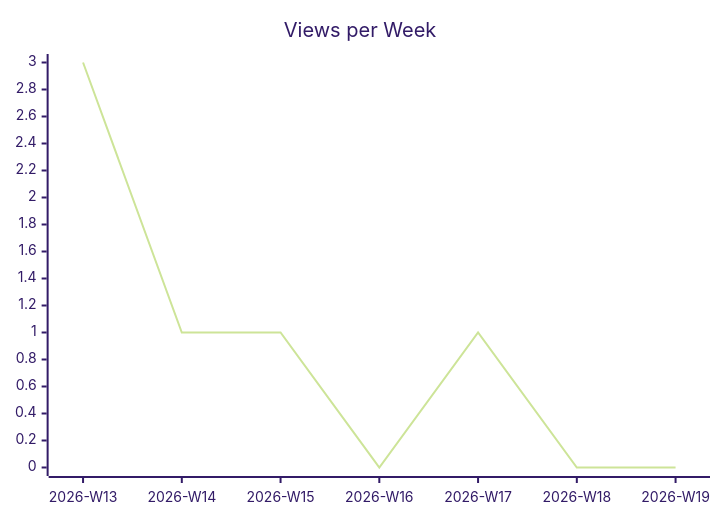
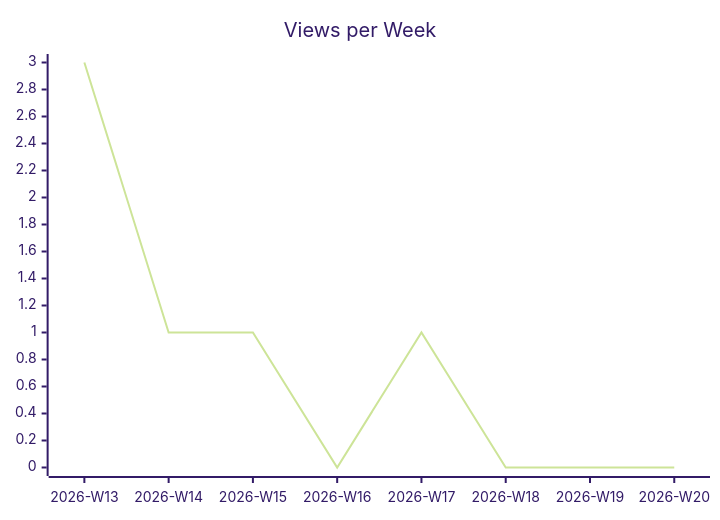
Before and after one commit to justdavis-family/github-analytics-data: the second of 3 diagrams in karlmdavis/rps-tourney/README.md, drawn with Mermaid (forest theme). The commit also changed other lines of this file and 176 other files, not shown here.

````diff
--- a/karlmdavis/rps-tourney/README.md
+++ b/karlmdavis/rps-tourney/README.md
@@ -12,6 +12,6 @@
 ```mermaid
 xychart-beta
   title "Views per Week"
-  x-axis ["2026-W13", "2026-W14", "2026-W15", "2026-W16", "2026-W17", "2026-W18", "2026-W19"]
-  line [3, 1, 1, 0, 1, 0, 0]
+  x-axis ["2026-W13", "2026-W14", "2026-W15", "2026-W16", "2026-W17", "2026-W18", "2026-W19", "2026-W20"]
+  line [3, 1, 1, 0, 1, 0, 0, 0]
 ```
````
